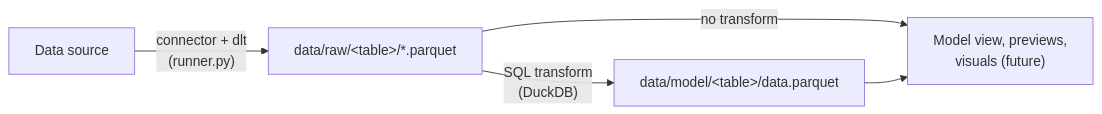
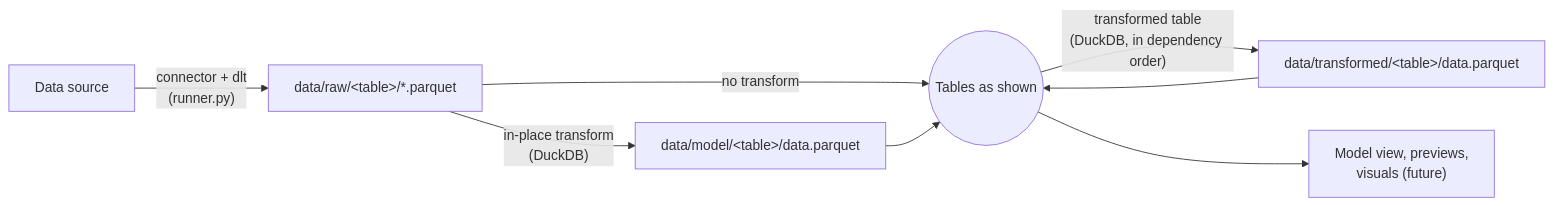
One commit to Elliot11/pawpawbi changed the second of 2 diagrams in docs/architecture.md. Above: the diagram before and after it, drawn with Mermaid. The commit also changed other lines of this file and 21 other files, not shown here.

First line of the commit message:
feat: implement transformed tables with SQL queries

````diff
--- a/docs/architecture.md
+++ b/docs/architecture.md
@@ -102,7 +102,10 @@
 ```mermaid
 flowchart LR
   SRC["Data source"] -->|"connector + dlt<br/>(runner.py)"| RAW["data/raw/&lt;table&gt;/*.parquet"]
-  RAW -->|"SQL transform<br/>(DuckDB)"| MOD["data/model/&lt;table&gt;/data.parquet"]
-  RAW -->|"no transform"| USE["Model view, previews,<br/>visuals (future)"]
-  MOD --> USE
+  RAW -->|"in-place transform<br/>(DuckDB)"| MOD["data/model/&lt;table&gt;/data.parquet"]
+  RAW -->|"no transform"| CUR(("Tables as shown"))
+  MOD --> CUR
+  CUR -->|"transformed table<br/>(DuckDB, in dependency order)"| TR["data/transformed/&lt;table&gt;/data.parquet"]
+  TR --> CUR
+  CUR --> USE["Model view, previews,<br/>visuals (future)"]
 ```
````
